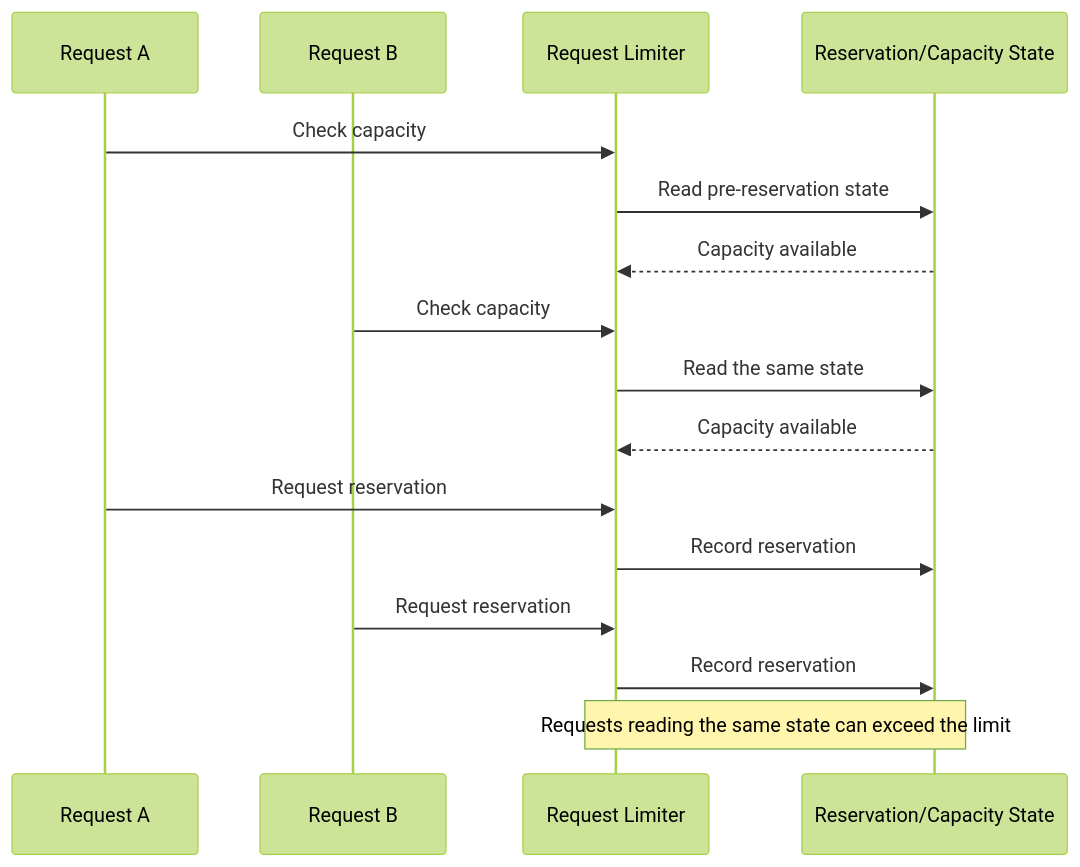
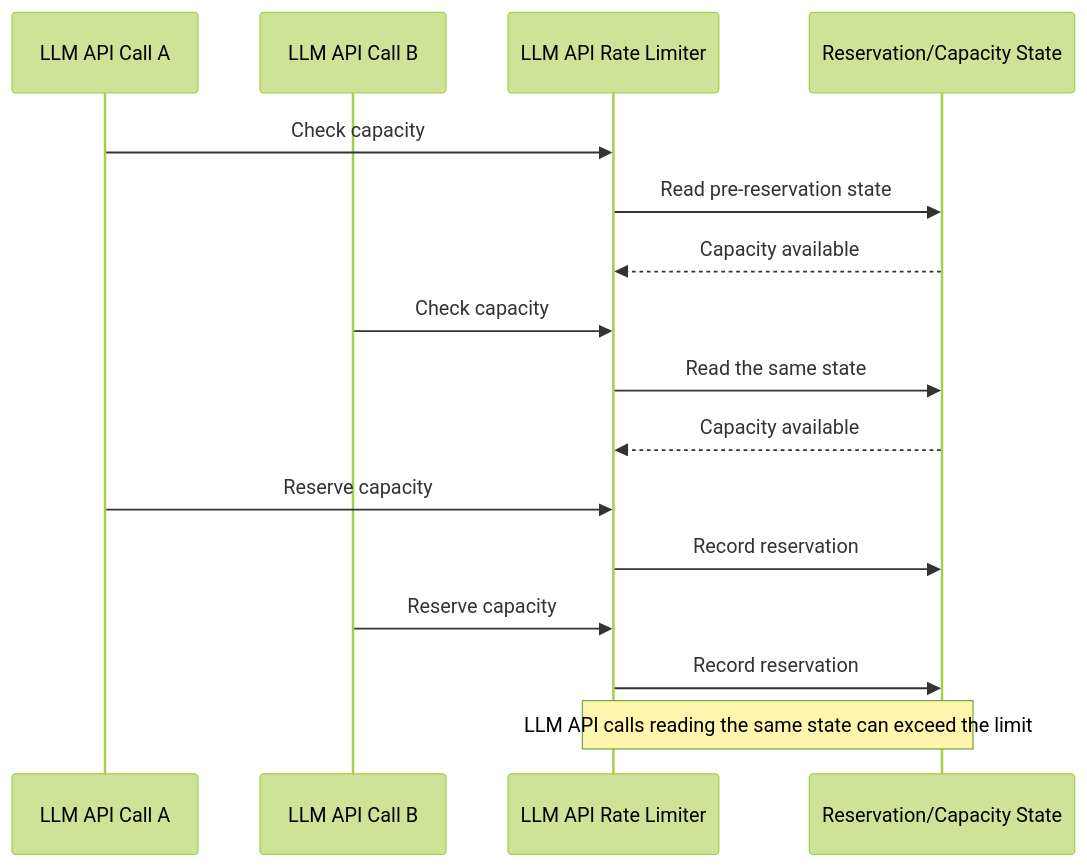
Before and after one commit to zmrdltl/portfolio: the second of 2 diagrams in docs/experience/cluml.en.md, drawn with Mermaid (forest theme). The commit also changed other lines of this file and 6 other files, not shown here.

First line of the commit message:
docs: 외부 LLM API 호출량 제어 사례를 명확화

````diff
--- a/docs/experience/cluml.en.md
+++ b/docs/experience/cluml.en.md
@@ -28,19 +32,19 @@
 ```mermaid { .diagram-scroll }
 sequenceDiagram
-  participant A as Request A
-  participant B as Request B
-  participant L as Request Limiter
+  participant A as LLM API Call A
+  participant B as LLM API Call B
+  participant L as LLM API Rate Limiter
   participant S as Reservation/Capacity State
 
   A->>L: Check capacity
   L->>S: Read pre-reservation state
   S-->>L: Capacity available
   B->>L: Check capacity
   L->>S: Read the same state
   S-->>L: Capacity available
-  A->>L: Request reservation
+  A->>L: Reserve capacity
   L->>S: Record reservation
-  B->>L: Request reservation
+  B->>L: Reserve capacity
   L->>S: Record reservation
-  Note over L,S: Requests reading the same state can exceed the limit
+  Note over L,S: LLM API calls reading the same state can exceed the limit
 ```
````
